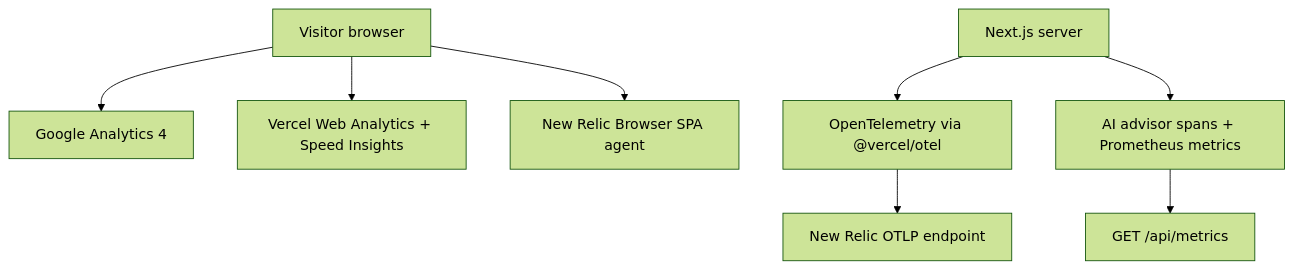
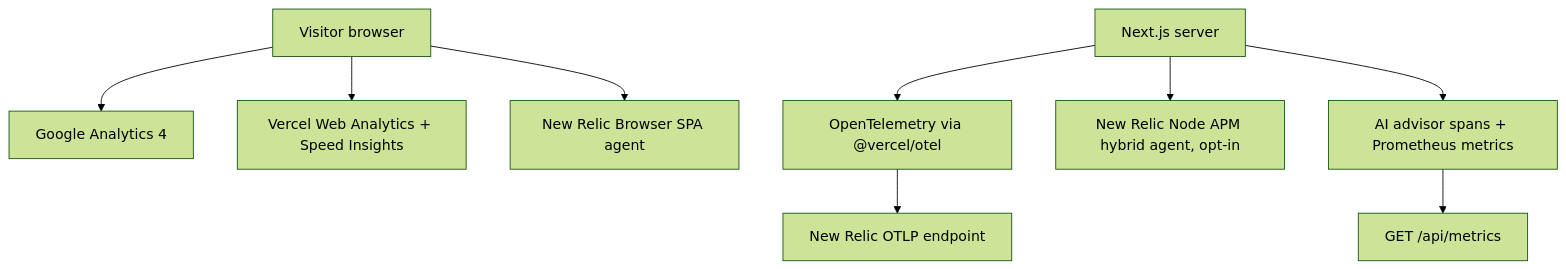
Before and after one commit to ayushoando/23082026: the diagram in OBSERVABILITY.md, drawn with Mermaid (forest theme). The commit also changed other lines of this file and 13 other files, not shown here.

First line of the commit message:
feat: integrate New Relic APM for enhanced monitoring

````diff
--- a/OBSERVABILITY.md
+++ b/OBSERVABILITY.md
@@ -9,10 +9,11 @@
 ```mermaid
 flowchart TD
     Browser[Visitor browser] --> GA4[Google Analytics 4]
     Browser --> Vercel[Vercel Web Analytics + Speed Insights]
     Browser --> NRBrowser[New Relic Browser SPA agent]
     Next[Next.js server] --> OTel[OpenTelemetry via @vercel/otel]
+    Next --> NRApm[New Relic Node APM hybrid agent, opt-in]
     OTel --> NROTLP[New Relic OTLP endpoint]
     Next --> AIProm[AI advisor spans + Prometheus metrics]
     AIProm --> Metrics[GET /api/metrics]
 ```
````
